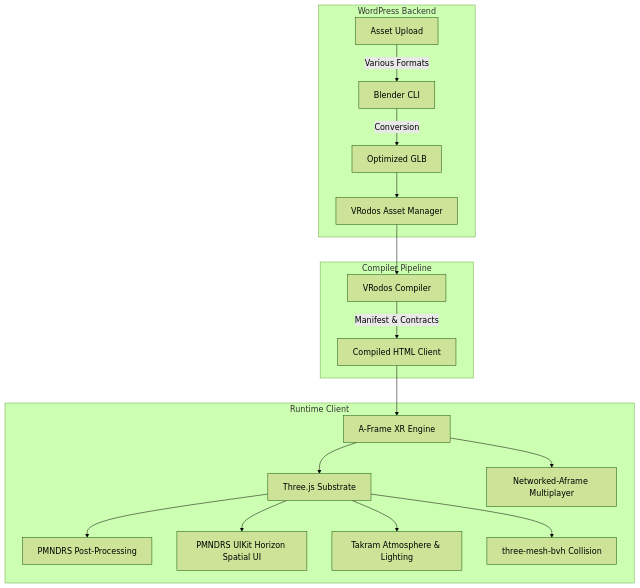
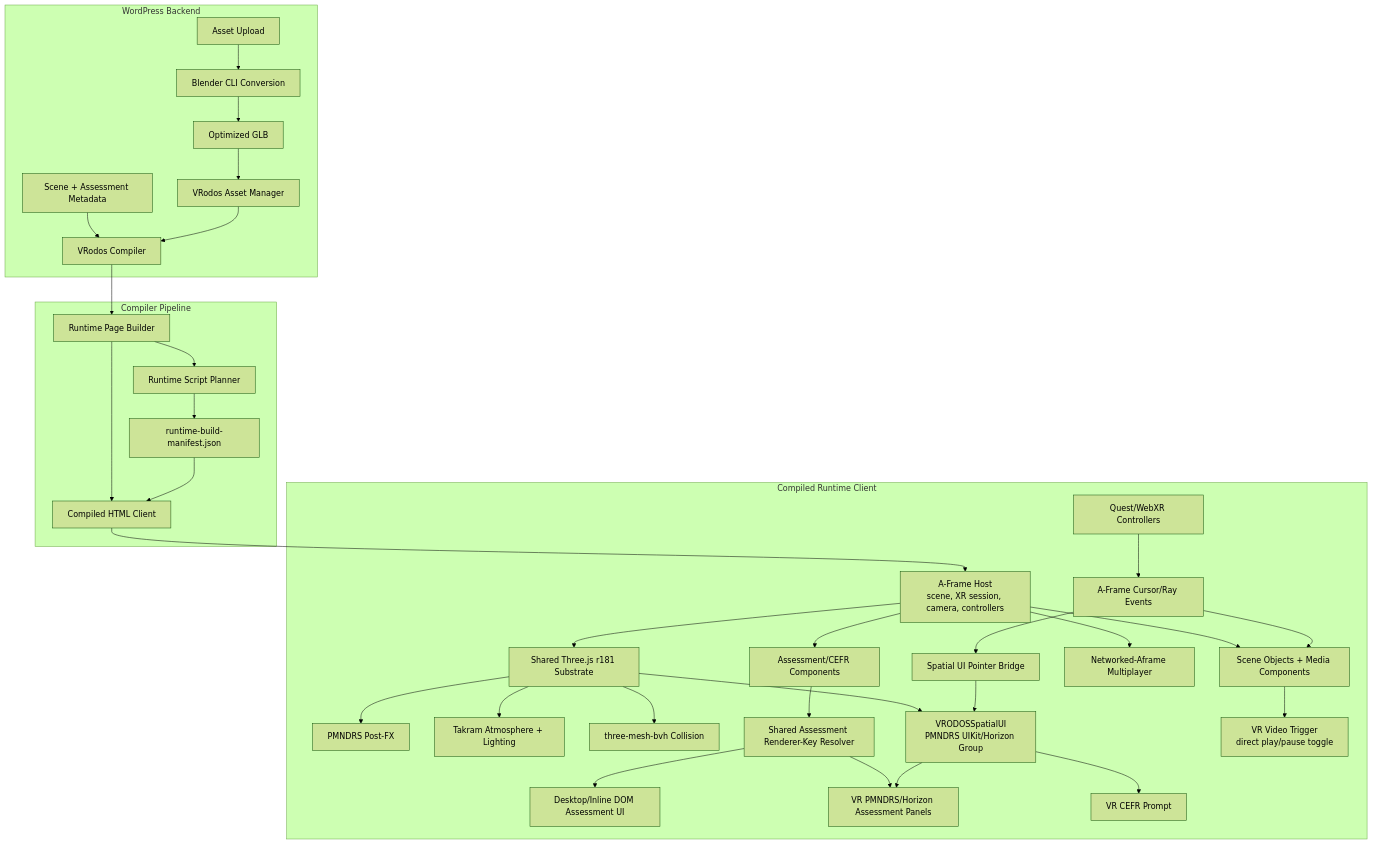
One commit to VRodos/VRodos changed the diagram in documentation/vrodos-compiled-scene-framework-integration.md. Above: the diagram before and after it, drawn with Mermaid (forest theme). The commit also changed other lines of this file and 2 other files, not shown here.

````diff
--- a/documentation/vrodos-compiled-scene-framework-integration.md
+++ b/documentation/vrodos-compiled-scene-framework-integration.md
@@ -30,24 +30,44 @@
 ```mermaid
 graph TD
-    subgraph WordPress Backend
-        Upload[Asset Upload] -->|Various Formats| Blender[Blender CLI]
-        Blender -->|Conversion| GLB[Optimized GLB]
-        GLB --> AssetManager[VRodos Asset Manager]
+    subgraph WordPress["WordPress Backend"]
+        Upload["Asset Upload"] --> Blender["Blender CLI Conversion"]
+        Blender --> GLB["Optimized GLB"]
+        GLB --> AssetManager["VRodos Asset Manager"]
+        SceneData["Scene + Assessment Metadata"] --> Compiler["VRodos Compiler"]
+        AssetManager --> Compiler
     end
 
-    subgraph Compiler Pipeline
-        AssetManager --> Compiler[VRodos Compiler]
-        Compiler -->|Manifest & Contracts| HTML[Compiled HTML Client]
+    subgraph Compile["Compiler Pipeline"]
+        Compiler --> Builder["Runtime Page Builder"]
+        Builder --> Planner["Runtime Script Planner"]
+        Planner --> Manifest["runtime-build-manifest.json"]
+        Builder --> HTML["Compiled HTML Client"]
+        Manifest --> HTML
     end
 
-    subgraph Runtime Client
-        HTML --> AFrame[A-Frame XR Engine]
-        AFrame --> Three[Three.js Substrate]
+    subgraph Runtime["Compiled Runtime Client"]
+        HTML --> AFrame["A-Frame Host<br/>scene, XR session, camera, controllers"]
+        AFrame --> Three["Shared Three.js r181 Substrate"]
+        AFrame --> Media["Scene Objects + Media Components"]
+        AFrame --> AssessmentHost["Assessment/CEFR Components"]
 
-        Three --> PMNDRS[PMNDRS Post-Processing]
-        Three --> SpatialUI[PMNDRS UIKit Horizon Spatial UI]
-        Three --> Takram[Takram Atmosphere & Lighting]
-        Three --> BVH[three-mesh-bvh Collision]
-        AFrame --> NAF[Networked-Aframe Multiplayer]
+        Three --> PMNDRSPost["PMNDRS Post-FX"]
+        Three --> Takram["Takram Atmosphere + Lighting"]
+        Three --> BVH["three-mesh-bvh Collision"]
+        AFrame --> NAF["Networked-Aframe Multiplayer"]
+
+        AssessmentHost --> Resolver["Shared Assessment Renderer-Key Resolver"]
+        Resolver --> DesktopDOM["Desktop/Inline DOM Assessment UI"]
+        Resolver --> VRPanels["VR PMNDRS/Horizon Assessment Panels"]
+
+        Three --> SpatialUI["VRODOSSpatialUI<br/>PMNDRS UIKit/Horizon Group"]
+        SpatialUI --> VRPanels
+        SpatialUI --> CEFR["VR CEFR Prompt"]
+        Media --> VideoToggle["VR Video Trigger<br/>direct play/pause toggle"]
+
+        Controllers["Quest/WebXR Controllers"] --> AFramePointers["A-Frame Cursor/Ray Events"]
+        AFramePointers --> Media
+        AFramePointers --> SpatialBridge["Spatial UI Pointer Bridge"]
+        SpatialBridge --> SpatialUI
     end
 ```
````
